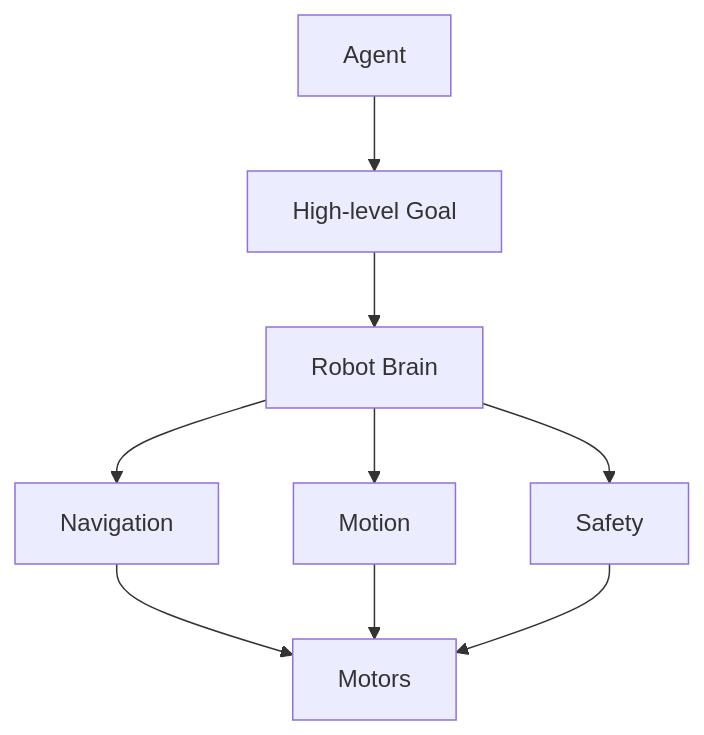
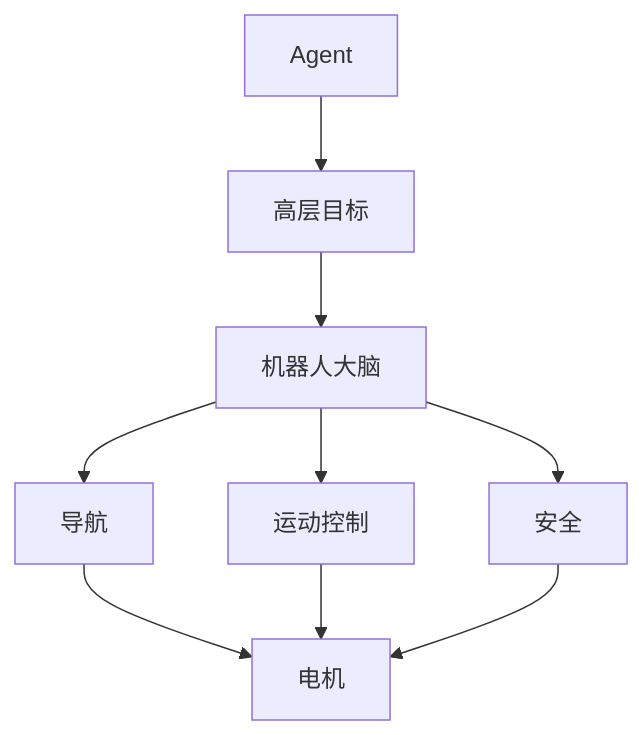
One commit to ayane-ai/ayane-docs changed diagram 12 of 12 in product/产品愿景与总纲.md. Above: the diagram before and after it, drawn with Mermaid. The commit also changed other lines of this file and 8 other files, not shown here.

````diff
--- a/product/产品愿景与总纲.md
+++ b/product/产品愿景与总纲.md
@@ -907,11 +944,11 @@
 ```mermaid
 flowchart TD
-    agent["Agent"] --> goal["High-level Goal"]
-    goal --> brain["Robot Brain"]
-    brain --> navigation["Navigation"]
-    brain --> motion["Motion"]
-    brain --> safety["Safety"]
-    navigation --> motors["Motors"]
+    agent["Agent"] --> goal["高层目标"]
+    goal --> brain["机器人大脑"]
+    brain --> navigation["导航"]
+    brain --> motion["运动控制"]
+    brain --> safety["安全"]
+    navigation --> motors["电机"]
     motion --> motors
     safety --> motors
 ```
````
